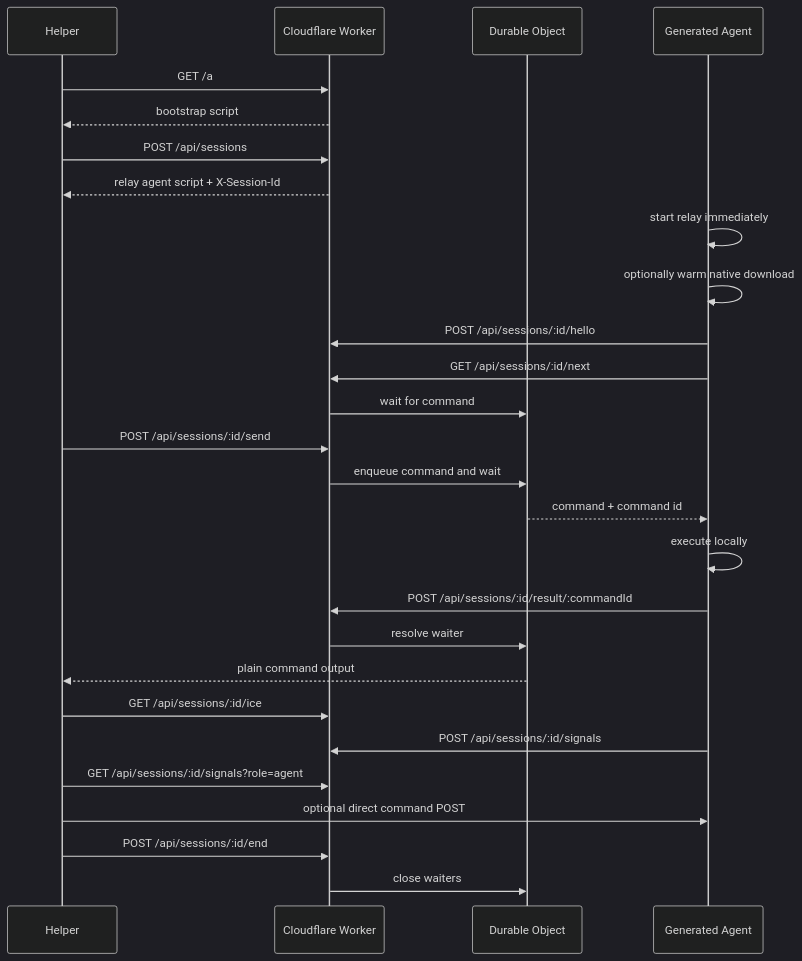
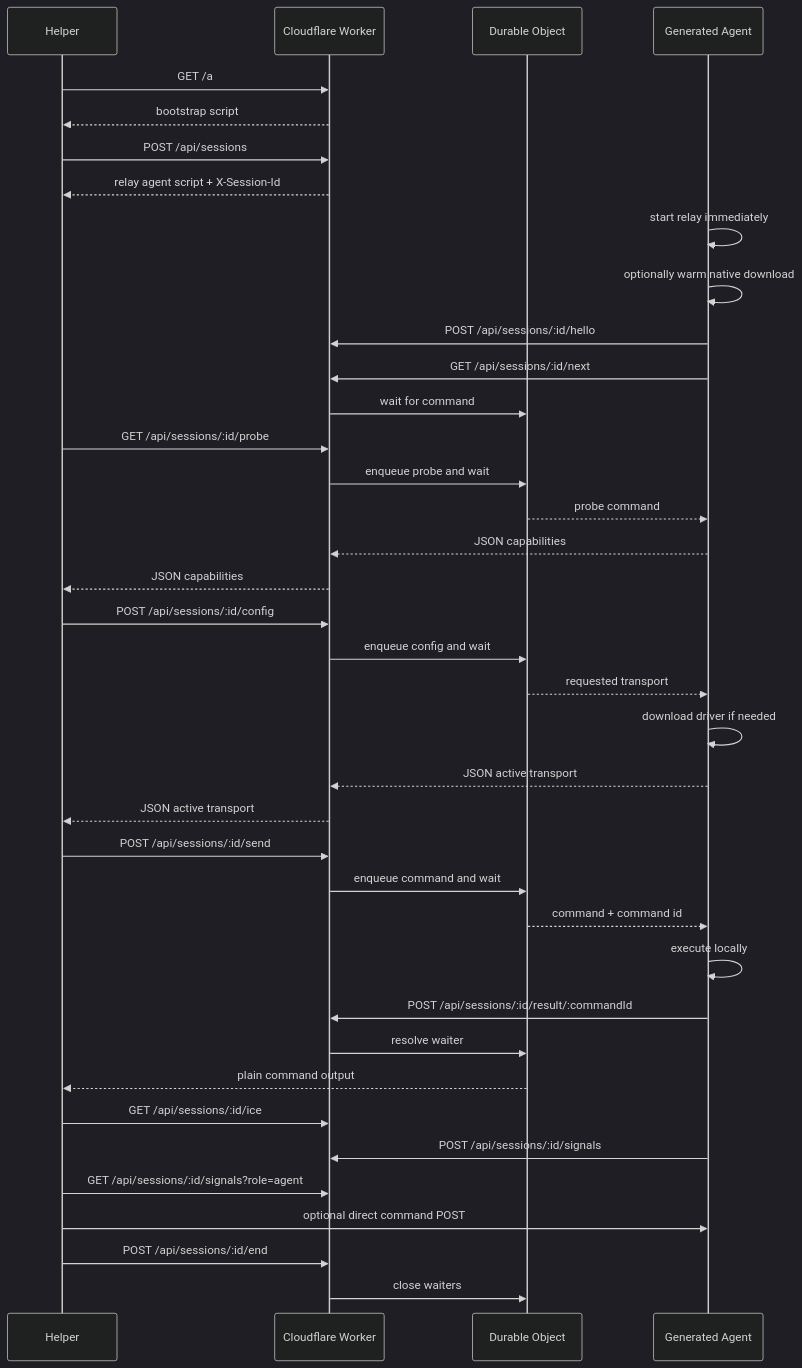
The diagram in README.md (Stoffbergie/shell-over-edge), drawn with Mermaid (dark theme) before and after one commit. The commit also changed other lines of this file and 3 other files, not shown here.

Commit message:
docs: no-ticket / document probe config flow

````diff
--- a/README.md
+++ b/README.md
@@ -15,34 +15,47 @@
 ```mermaid
 sequenceDiagram
     participant Helper
     participant Worker as Cloudflare Worker
     participant Bridge as Durable Object
     participant Agent as Generated Agent
 
     Helper->>Worker: GET /a
     Worker-->>Helper: bootstrap script
     Helper->>Worker: POST /api/sessions
     Worker-->>Helper: relay agent script + X-Session-Id
 
     Agent->>Agent: start relay immediately
     Agent->>Agent: optionally warm native download
     Agent->>Worker: POST /api/sessions/:id/hello
     Agent->>Worker: GET /api/sessions/:id/next
     Worker->>Bridge: wait for command
 
+    Helper->>Worker: GET /api/sessions/:id/probe
+    Worker->>Bridge: enqueue probe and wait
+    Bridge-->>Agent: probe command
+    Agent-->>Worker: JSON capabilities
+    Worker-->>Helper: JSON capabilities
+
+    Helper->>Worker: POST /api/sessions/:id/config
+    Worker->>Bridge: enqueue config and wait
+    Bridge-->>Agent: requested transport
+    Agent->>Agent: download driver if needed
+    Agent-->>Worker: JSON active transport
+    Worker-->>Helper: JSON active transport
+
     Helper->>Worker: POST /api/sessions/:id/send
     Worker->>Bridge: enqueue command and wait
     Bridge-->>Agent: command + command id
     Agent->>Agent: execute locally
     Agent->>Worker: POST /api/sessions/:id/result/:commandId
     Worker->>Bridge: resolve waiter
     Bridge-->>Helper: plain command output
 
     Helper->>Worker: GET /api/sessions/:id/ice
     Agent->>Worker: POST /api/sessions/:id/signals
     Helper->>Worker: GET /api/sessions/:id/signals?role=agent
     Helper->>Agent: optional direct command POST
 
     Helper->>Worker: POST /api/sessions/:id/end
     Worker->>Bridge: close waiters
 ```
````
